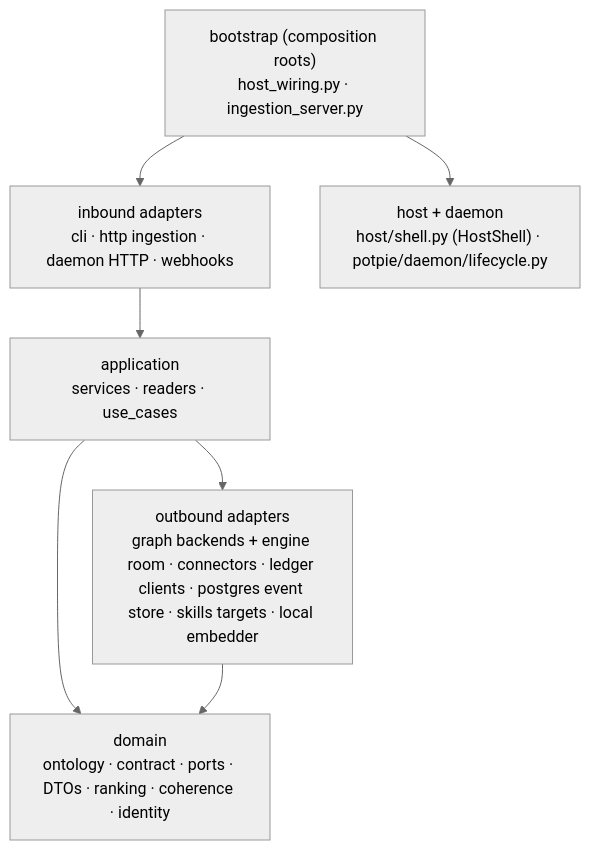
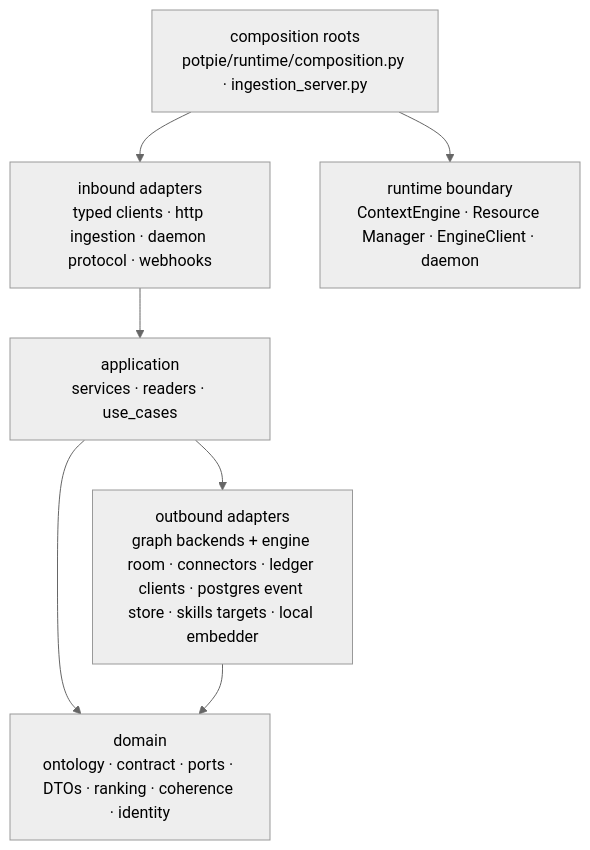
Before and after one commit to potpie-ai/potpie: the first of 5 diagrams in docs/context-graph/architecture.md, drawn with Mermaid (neutral theme). The commit also changed other lines of this file and 108 other files, not shown here.

Commit message:
refactor(runtime): remove host and core compatibility

````diff
--- a/docs/context-graph/architecture.md
+++ b/docs/context-graph/architecture.md
@@ -27,16 +27,16 @@
 ```mermaid
 flowchart TB
-  cg_inbound["inbound adapters<br/>cli · http ingestion · daemon HTTP · webhooks"]
+  cg_inbound["inbound adapters<br/>typed clients · http ingestion · daemon protocol · webhooks"]
   cg_app["application<br/>services · readers · use_cases"]
   cg_domain["domain<br/>ontology · contract · ports · DTOs · ranking · coherence · identity"]
   cg_outbound["outbound adapters<br/>graph backends + engine room · connectors · ledger clients · postgres event store · skills targets · local embedder"]
-  cg_boot["bootstrap (composition roots)<br/>host_wiring.py · ingestion_server.py"]
-  cg_host["host + daemon<br/>host/shell.py (HostShell) · potpie/daemon/lifecycle.py"]
+  cg_boot["composition roots<br/>potpie/runtime/composition.py · ingestion_server.py"]
+  cg_host["runtime boundary<br/>ContextEngine · Resource Manager · EngineClient · daemon"]
 
   cg_boot --> cg_host
   cg_boot --> cg_inbound
   cg_inbound --> cg_app
   cg_app --> cg_domain
   cg_app --> cg_outbound
   cg_outbound --> cg_domain
 ```
````
